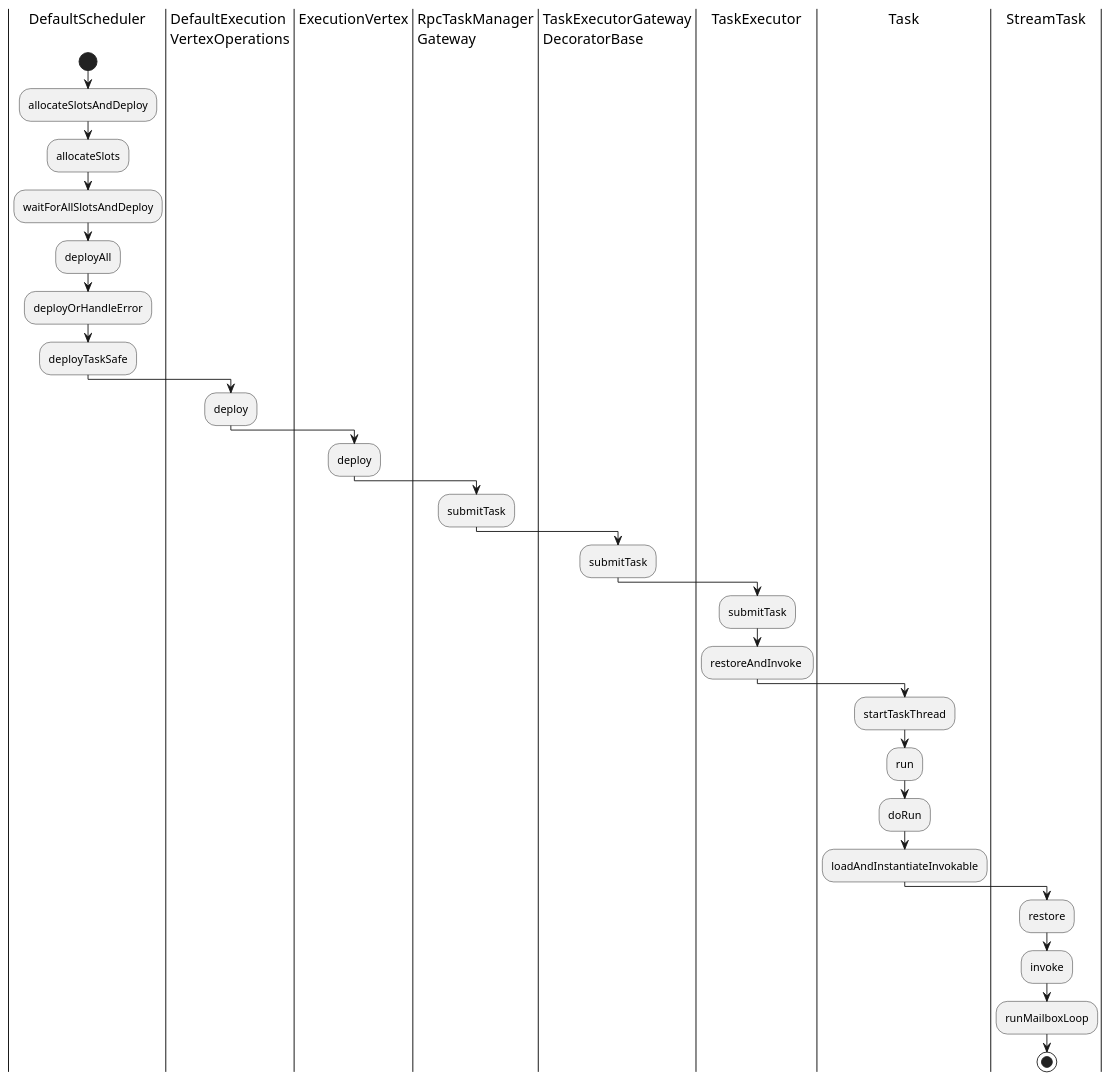
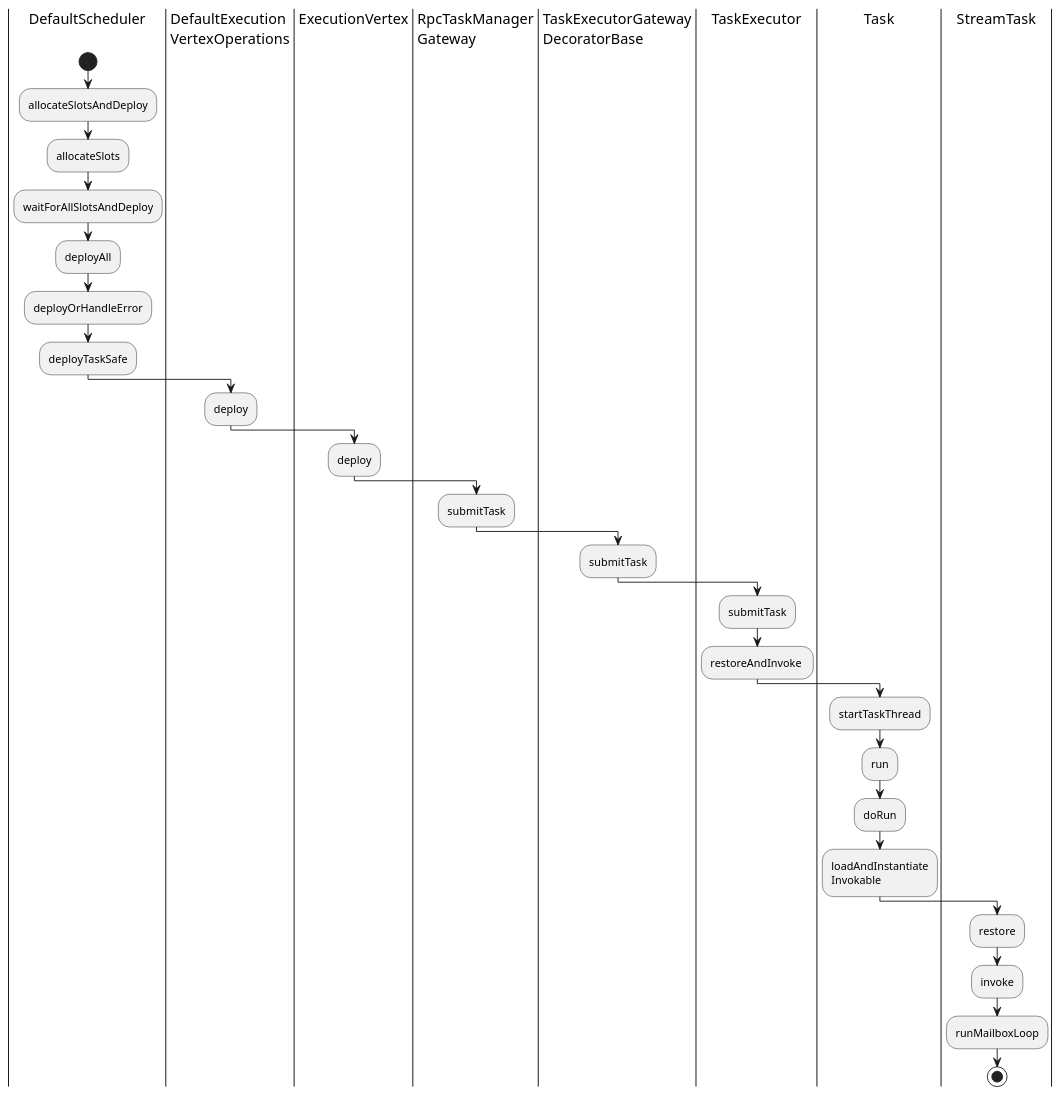
The diagram in docs/MD-NOTES/Flink/Flink源码剖析/submittask.md (2pc/docsify-md-notes), drawn with PlantUML before and after one commit.

````diff
--- a/docs/MD-NOTES/Flink/Flink源码剖析/submittask.md
+++ b/docs/MD-NOTES/Flink/Flink源码剖析/submittask.md
@@ -2,41 +2,41 @@
 ```plantuml
 @startuml
 skinparam swimlane {
   BorderThickness 1
   TitleFontColor black
   TitleFontSize 16
 
 }
 |DefaultScheduler|
 start
 :allocateSlotsAndDeploy;
 :allocateSlots;
 :waitForAllSlotsAndDeploy;
 :deployAll;
 :deployOrHandleError;
 :deployTaskSafe;
 
 |DefaultExecution\nVertexOperations|
 :deploy;
 |ExecutionVertex|
 :deploy;
 |RpcTaskManager\nGateway|
 :submitTask;
 |TaskExecutorGateway\nDecoratorBase|
 :submitTask;
 |TaskExecutor|
 :submitTask;
 :restoreAndInvoke ;
 |Task|
 :startTaskThread;
 :run;
 :doRun;
-:loadAndInstantiateInvokable;
+:loadAndInstantiate\nInvokable;
 |StreamTask|
 :restore;
 :invoke;
 :runMailboxLoop;
 
 stop
 @enduml
 ```
````
